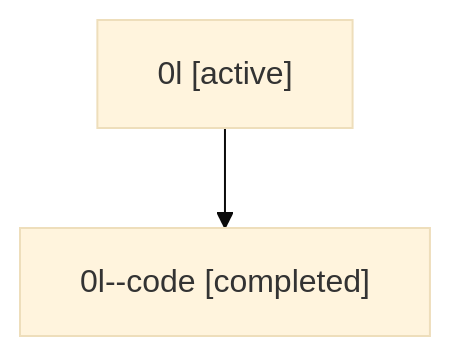
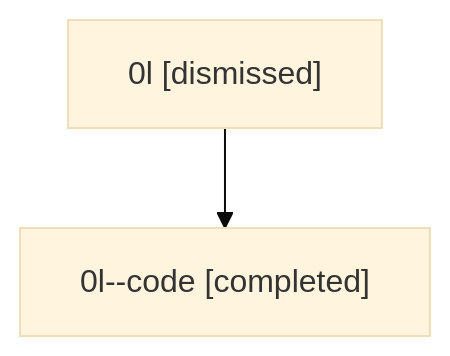
The diagram in sessions/bbugyi200.athena.0l.md (sase-org/sase--agents), drawn with Mermaid (base theme) before and after one commit. The commit also changed other lines of this file and 31 other files, not shown here.

````diff
--- a/sessions/bbugyi200.athena.0l.md
+++ b/sessions/bbugyi200.athena.0l.md
@@ -9,6 +9,6 @@
 ```mermaid
 flowchart TD
-  n0["0l [active]"]
+  n0["0l [dismissed]"]
   n1["0l--code [completed]"]
   n0 --> n1
 ```
````
